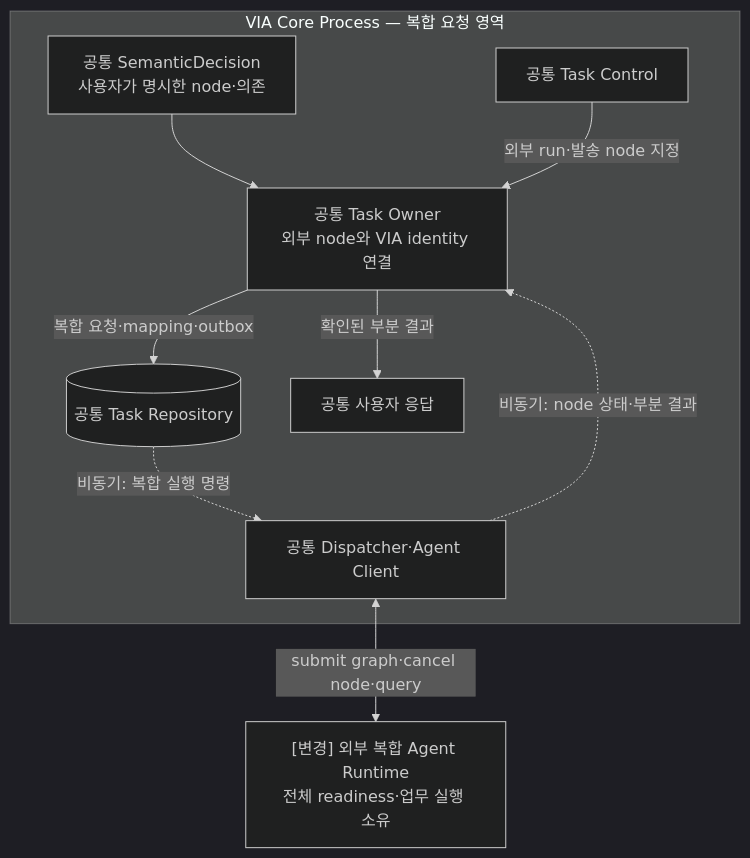
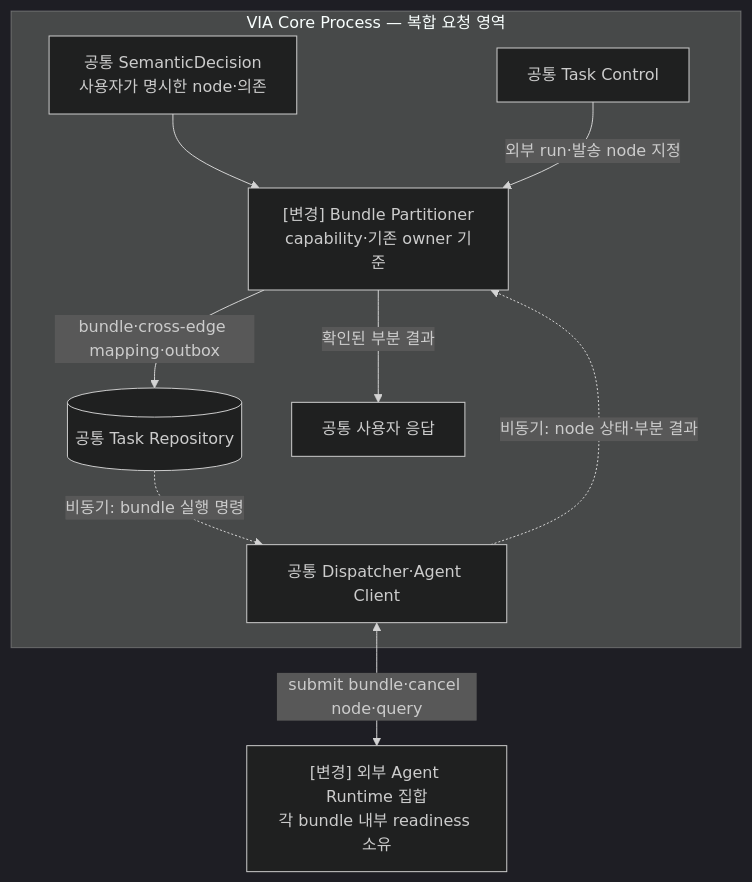
One commit to cbyche/via-sw-architecture changed the third of 4 diagrams in docs/architecture/12-decisions/via-dp-07-compound-orchestration.md. Above: the diagram before and after it, drawn with Mermaid (dark theme). The commit also changed other lines of this file and 16 other files, not shown here.

````diff
--- a/docs/architecture/12-decisions/via-dp-07-compound-orchestration.md
+++ b/docs/architecture/12-decisions/via-dp-07-compound-orchestration.md
@@ -80,12 +82,12 @@
 ```mermaid
 flowchart TB
  subgraph V["VIA Core Process — 복합 요청 영역"]
- R["공통 SemanticDecision<br/>사용자가 명시한 node·의존"] --> T["공통 Task Owner<br/>외부 node와 VIA identity 연결"]
- T -->|"복합 요청·mapping·outbox"| DB[("공통 Task Repository")]
- DB -.->|"비동기: 복합 실행 명령"| D["공통 Dispatcher·Agent Client"]
+ R["공통 SemanticDecision<br/>사용자가 명시한 node·의존"] --> T["[변경] Bundle Partitioner<br/>capability·기존 owner 기준"]
+ T -->|"bundle·cross-edge mapping·outbox"| DB[("공통 Task Repository")]
+ DB -.->|"비동기: bundle 실행 명령"| D["공통 Dispatcher·Agent Client"]
  D -.->|"비동기: node 상태·부분 결과"| T
  U["공통 Task Control"] -->|"외부 run·발송 node 지정"| T
  T -->|"확인된 부분 결과"| P["공통 사용자 응답"]
  end
- D <-->|"submit graph·cancel node·query"| A["[변경] 외부 복합 Agent Runtime<br/>전체 readiness·업무 실행 소유"]
+ D <-->|"submit bundle·cancel node·query"| A["[변경] 외부 Agent Runtime 집합<br/>각 bundle 내부 readiness 소유"]
 ```
````
